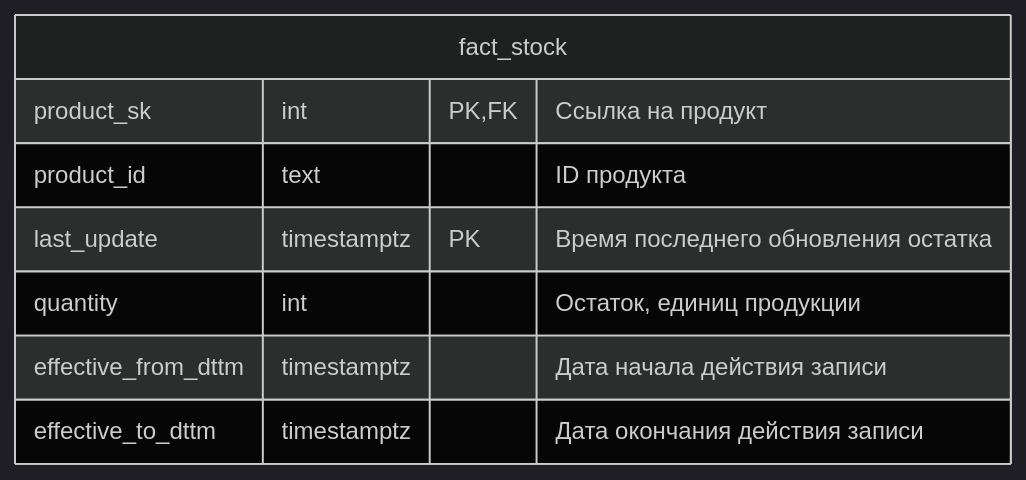
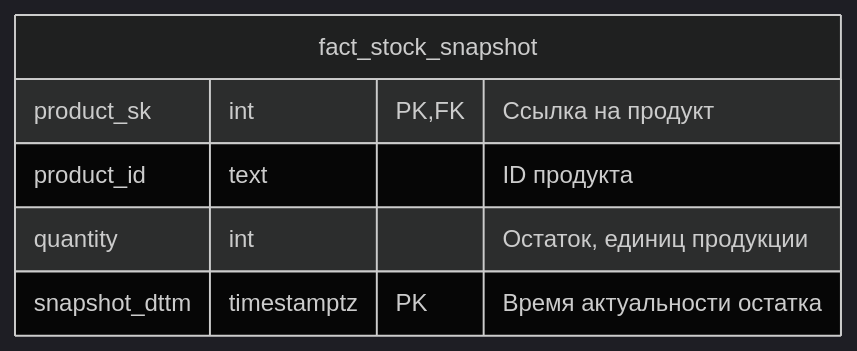
Before and after one commit to vgorbikov/dq-practice: the ninth of 9 diagrams in docs/db_schema/Базовые ввитрины.md, drawn with Mermaid (dark theme). The commit also changed other lines of this file and 3 other files, not shown here.

````diff
--- a/docs/db_schema/Базовые ввитрины.md
+++ b/docs/db_schema/Базовые ввитрины.md
@@ -178,12 +190,10 @@
 ```mermaid
 erDiagram
 
-fact_stock {
+fact_stock_snapshot {
     product_sk int PK,FK "Ссылка на продукт"
     product_id text "ID продукта"
-    last_update timestamptz PK "Время последнего обновления остатка"
     quantity int "Остаток, единиц продукции"
-    effective_from_dttm timestamptz "Дата начала действия записи"
-    effective_to_dttm timestamptz "Дата окончания действия записи"
+    snapshot_dttm timestamptz PK "Время актуальности остатка"
 }
 ```
````
